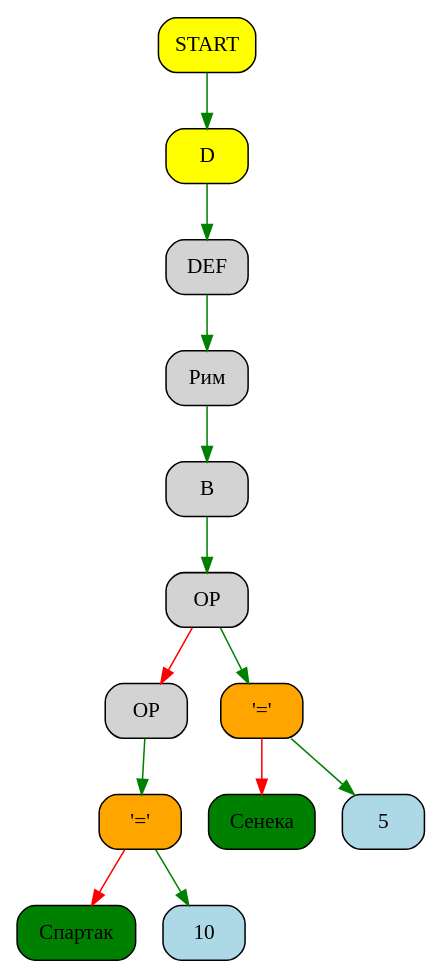
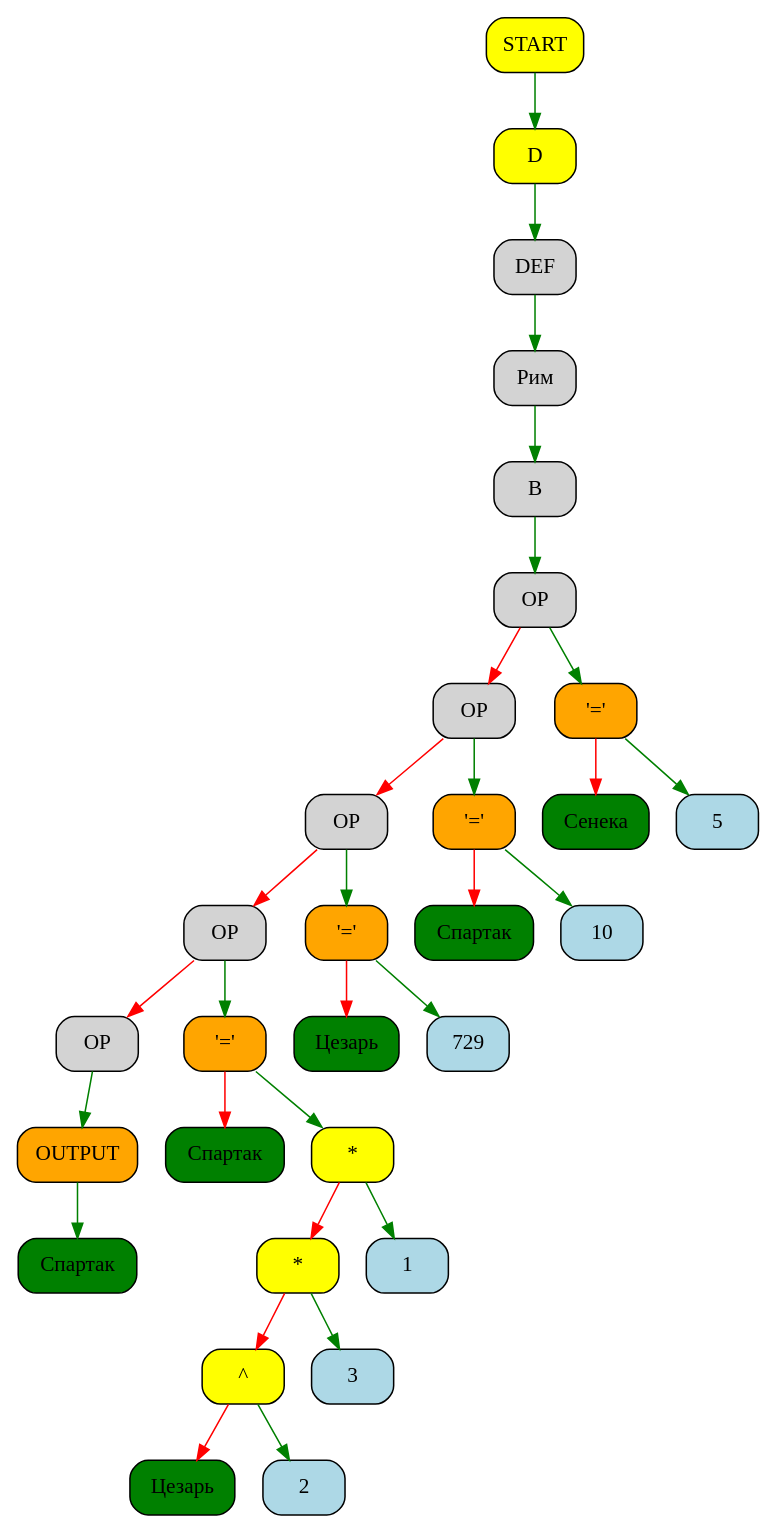
Before and after one commit to kostya2709/New_Roman: the diagram in equation_print.gv, drawn with Graphviz. The commit also changed 12 other files, not shown here.

```diff
--- a/equation_print.gv
+++ b/equation_print.gv
@@ -1,28 +1,62 @@
 digraph First{
 node [shape="Mrecord", style="filled", fillcolor="lightblue"];
-"box61bac5e0" [fillcolor="yellow",label="START"];
-"box61baa7b0" [fillcolor="yellow",label="D"];
-"box61bac5e0" -> "box61baa7b0"[color="green"];
-"box61baac00" [fillcolor="",label="DEF"];
-"box61baa7b0" -> "box61baac00"[color="green"];
-"box61b9fbd0" [fillcolor="",label="Рим"];
-"box61baac00" -> "box61b9fbd0"[color="green"];
-"box61bac190" [fillcolor="",label="B"];
-"box61b9fbd0" -> "box61bac190"[color="green"];
-"box61babd40" [fillcolor="",label="OP"];
-"box61bac190" -> "box61babd40"[color="green"];
-"box61bab8f0" [fillcolor="",label="OP"];
-"box61babd40" -> "box61bab8f0"[color="red"];
-"box61bab4a0" [fillcolor="orange",label="'='"];
-"box61bab8f0" -> "box61bab4a0"[color="green"];
-"box61ba8570" [fillcolor="green",label="Спартак"];
-"box61bab4a0" -> "box61ba8570"[color="red"];
-"box61ba8e10" [label="10"];
-"box61bab4a0" -> "box61ba8e10"[color="green"];
-"box61bab050" [fillcolor="orange",label="'='"];
-"box61babd40" -> "box61bab050"[color="green"];
-"box61ba7430" [fillcolor="green",label="Сенека"];
-"box61bab050" -> "box61ba7430"[color="red"];
-"box61ba7cd0" [label="5"];
-"box61bab050" -> "box61ba7cd0"[color="green"];
+"box7a3c2170" [fillcolor="yellow",label="START"];
+"box7a3bd820" [fillcolor="yellow",label="D"];
+"box7a3c2170" -> "box7a3bd820"[color="green"];
+"box7a3bdc70" [fillcolor="",label="DEF"];
+"box7a3bd820" -> "box7a3bdc70"[color="green"];
+"box7a3acbd0" [fillcolor="",label="Рим"];
+"box7a3bdc70" -> "box7a3acbd0"[color="green"];
+"box7a3c1d20" [fillcolor="",label="B"];
+"box7a3acbd0" -> "box7a3c1d20"[color="green"];
+"box7a3c18d0" [fillcolor="",label="OP"];
+"box7a3c1d20" -> "box7a3c18d0"[color="green"];
+"box7a3c1480" [fillcolor="",label="OP"];
+"box7a3c18d0" -> "box7a3c1480"[color="red"];
+"box7a3c1030" [fillcolor="",label="OP"];
+"box7a3c1480" -> "box7a3c1030"[color="red"];
+"box7a3c0be0" [fillcolor="",label="OP"];
+"box7a3c1030" -> "box7a3c0be0"[color="red"];
+"box7a3c0790" [fillcolor="",label="OP"];
+"box7a3c0be0" -> "box7a3c0790"[color="red"];
+"box7a3c0340" [fillcolor="orange",label="OUTPUT"];
+"box7a3c0790" -> "box7a3c0340"[color="green"];
+"box7a3bba30" [fillcolor="green",label="Спартак"];
+"box7a3c0340" -> "box7a3bba30"[color="green"];
+"box7a3bfef0" [fillcolor="orange",label="'='"];
+"box7a3c0be0" -> "box7a3bfef0"[color="green"];
+"box7a3b8220" [fillcolor="green",label="Спартак"];
+"box7a3bfef0" -> "box7a3b8220"[color="red"];
+"box7a3c54f0" [fillcolor="yellow",label="*"];
+"box7a3bfef0" -> "box7a3c54f0"[color="green"];
+"box7a3c50a0" [fillcolor="yellow",label="*"];
+"box7a3c54f0" -> "box7a3c50a0"[color="red"];
+"box7a3c4c50" [fillcolor="yellow",label="^"];
+"box7a3c50a0" -> "box7a3c4c50"[color="red"];
+"box7a3c4800" [fillcolor="green",label="Цезарь"];
+"box7a3c4c50" -> "box7a3c4800"[color="red"];
+"box7a3c43b0" [label="2"];
+"box7a3c4c50" -> "box7a3c43b0"[color="green"];
+"box7a3c3f60" [label="3"];
+"box7a3c50a0" -> "box7a3c3f60"[color="green"];
+"box7a3c3b10" [label="1"];
+"box7a3c54f0" -> "box7a3c3b10"[color="green"];
+"box7a3bedb0" [fillcolor="orange",label="'='"];
+"box7a3c1030" -> "box7a3bedb0"[color="green"];
+"box7a3b6840" [fillcolor="green",label="Цезарь"];
+"box7a3bedb0" -> "box7a3b6840"[color="red"];
+"box7a3be960" [label="729"];
+"box7a3bedb0" -> "box7a3be960"[color="green"];
+"box7a3be510" [fillcolor="orange",label="'='"];
+"box7a3c1480" -> "box7a3be510"[color="green"];
+"box7a3b5700" [fillcolor="green",label="Спартак"];
+"box7a3be510" -> "box7a3b5700"[color="red"];
+"box7a3b5fa0" [label="10"];
+"box7a3be510" -> "box7a3b5fa0"[color="green"];
+"box7a3be0c0" [fillcolor="orange",label="'='"];
+"box7a3c18d0" -> "box7a3be0c0"[color="green"];
+"box7a3b45c0" [fillcolor="green",label="Сенека"];
+"box7a3be0c0" -> "box7a3b45c0"[color="red"];
+"box7a3b4e60" [label="5"];
+"box7a3be0c0" -> "box7a3b4e60"[color="green"];
 }
```
